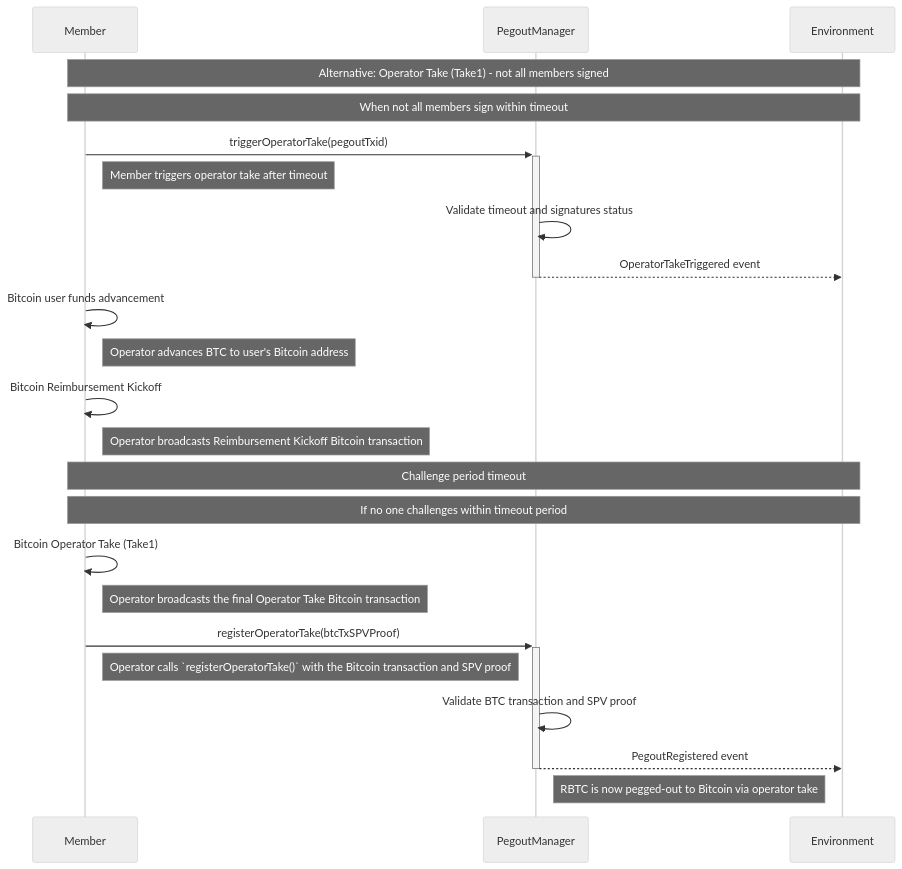
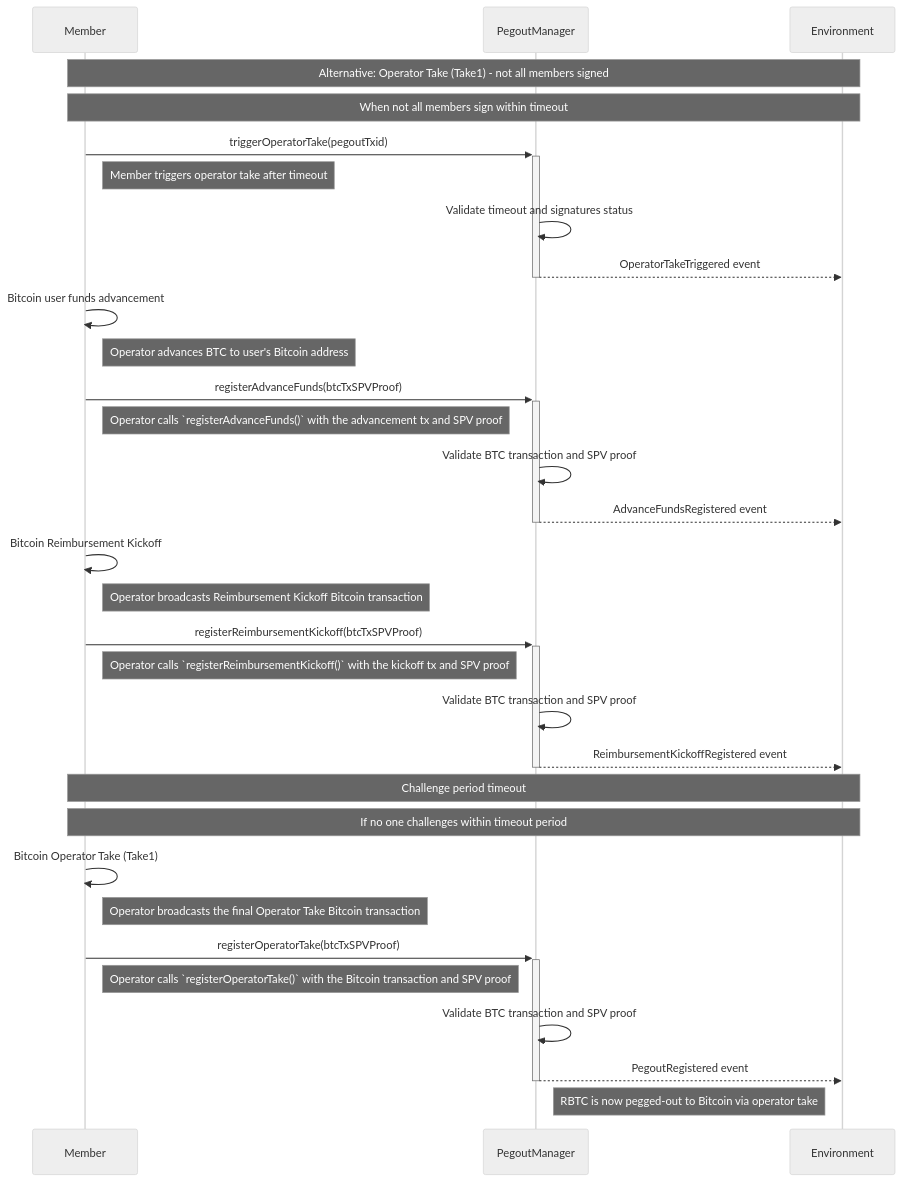
One commit to rsksmart/union-bridge-contracts changed diagram 11 of 12 in README.md. Above: the diagram before and after it, drawn with Mermaid (neutral theme). The commit also changed 1 other file, not shown here.

Commit message:
Docs updates (#295)
* Add `registerAdvanceFunds` and `registerReimbursementKickoff` to operator take diagram
* Add REIMBURSEMENT_KICKOFF_TX docs
* Update Pegout Flow
* Advance funds updates

````diff
--- a/README.md
+++ b/README.md
@@ -662,32 +662,40 @@
 ```mermaid
 sequenceDiagram
     participant M as Member
     participant POM as PegoutManager
     participant ENV as Environment
 
     Note over M,ENV: Alternative: Operator Take (Take1) - not all members signed
     Note over M,ENV: When not all members sign within timeout
 
     M->>+POM: triggerOperatorTake(pegoutTxid)
     Note right of M: Member triggers operator take after timeout
     POM->>POM: Validate timeout and signatures status
     POM-->>-ENV: OperatorTakeTriggered event
 
     M->>M: Bitcoin user funds advancement
     Note right of M: Operator advances BTC to user's Bitcoin address
+    M->>+POM: registerAdvanceFunds(btcTxSPVProof)
+    Note right of M: Operator calls `registerAdvanceFunds()` with the advancement tx and SPV proof
+    POM->>POM: Validate BTC transaction and SPV proof
+    POM-->>-ENV: AdvanceFundsRegistered event
 
     M->>M: Bitcoin Reimbursement Kickoff
     Note right of M: Operator broadcasts Reimbursement Kickoff Bitcoin transaction
+    M->>+POM: registerReimbursementKickoff(btcTxSPVProof)
+    Note right of M: Operator calls `registerReimbursementKickoff()` with the kickoff tx and SPV proof
+    POM->>POM: Validate BTC transaction and SPV proof
+    POM-->>-ENV: ReimbursementKickoffRegistered event
 
     Note over M,ENV: Challenge period timeout
     Note over M,ENV: If no one challenges within timeout period
 
     M->>M: Bitcoin Operator Take (Take1)
     Note right of M: Operator broadcasts the final Operator Take Bitcoin transaction
 
     M->>+POM: registerOperatorTake(btcTxSPVProof)
     Note right of M: Operator calls `registerOperatorTake()` with the Bitcoin transaction and SPV proof
     POM->>POM: Validate BTC transaction and SPV proof
     POM-->>-ENV: PegoutRegistered event
     Note right of POM: RBTC is now pegged-out to Bitcoin via operator take
 ```
````
